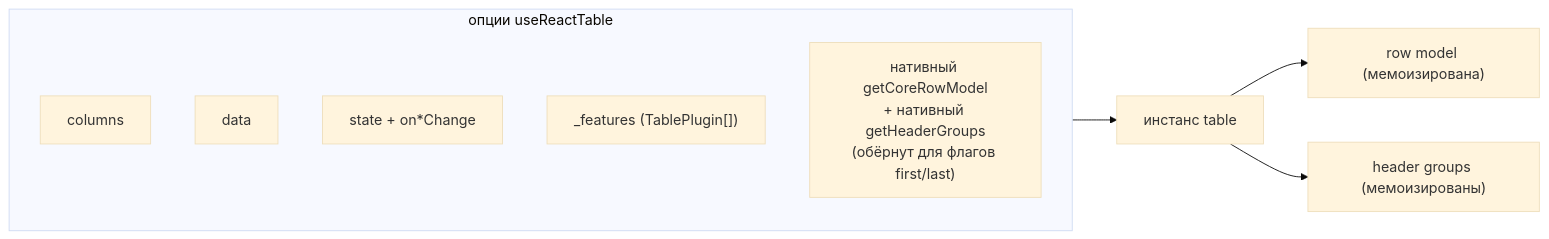
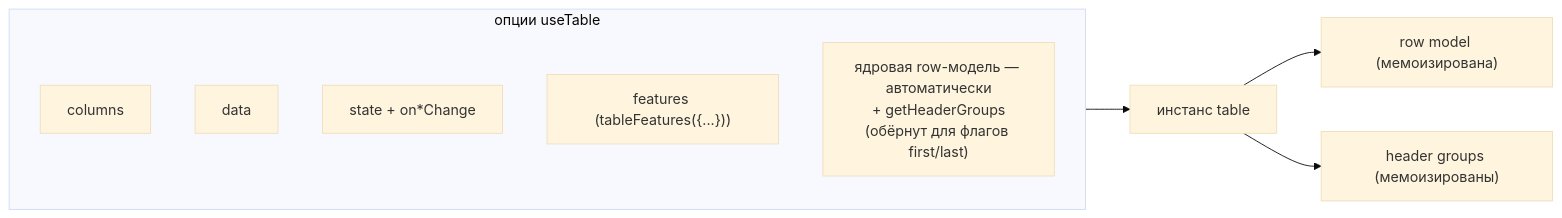
Before and after one commit to tessera-grid/tessera: the first of 2 diagrams in docs/architecture/upstream-foundations.md, drawn with Mermaid (base theme). The commit also changed other lines of this file and 9 other files, not shown here.

````diff
--- a/docs/architecture/upstream-foundations.md
+++ b/docs/architecture/upstream-foundations.md
@@ -40,16 +45,16 @@
 ```mermaid
 flowchart LR
-    subgraph opts["опции useReactTable"]
+    subgraph opts["опции useTable"]
         C["columns"]
         D["data"]
         S["state + on*Change"]
-        F["_features (TablePlugin[])"]
-        M["нативный getCoreRowModel<br/>+ нативный getHeaderGroups<br/>(обёрнут для флагов first/last)"]
+        F["features (tableFeatures({...}))"]
+        M["ядровая row-модель — автоматически<br/>+ getHeaderGroups<br/>(обёрнут для флагов first/last)"]
     end
     INST["инстанс table"]
     RM["row model (мемоизирована)"]
     HG["header groups (мемоизированы)"]
     opts --> INST
     INST --> RM
     INST --> HG
 ```
````
